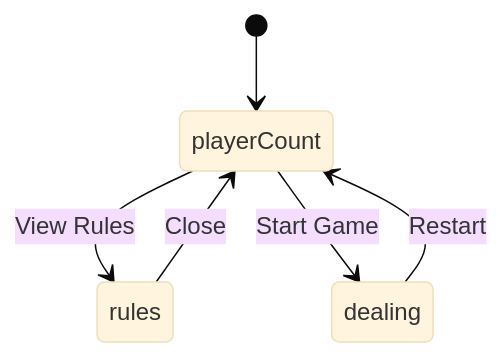
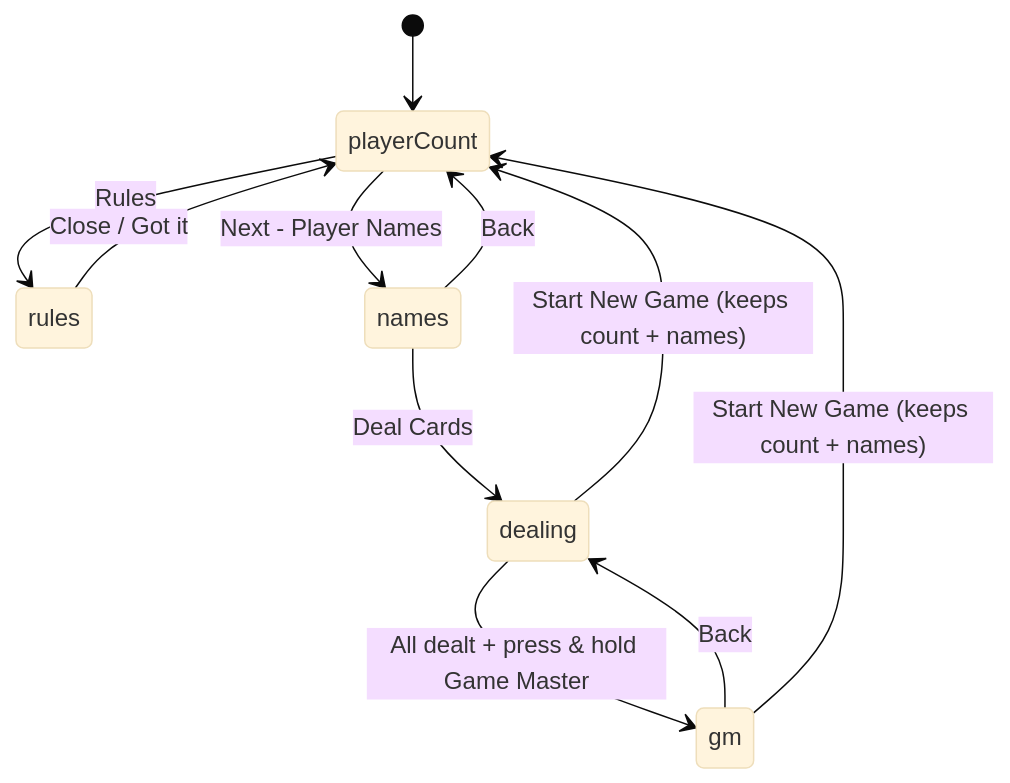
One commit to DhanushPrince/Mafia changed the second of 6 diagrams in diagram.md. Above: the diagram before and after it, drawn with Mermaid (base theme). The commit also changed other lines of this file and 21 other files, not shown here.

````diff
--- a/diagram.md
+++ b/diagram.md
@@ -86,8 +98,13 @@
 ```mermaid
 stateDiagram-v2
     [*] --> playerCount
-    playerCount --> rules : View Rules
-    rules --> playerCount : Close
-    playerCount --> dealing : Start Game
-    dealing --> playerCount : Restart
+    playerCount --> rules : Rules
+    rules --> playerCount : Close / Got it
+    playerCount --> names : Next - Player Names
+    names --> playerCount : Back
+    names --> dealing : Deal Cards
+    dealing --> playerCount : Start New Game (keeps count + names)
+    dealing --> gm : All dealt + press & hold Game Master
+    gm --> dealing : Back
+    gm --> playerCount : Start New Game (keeps count + names)
 ```
````
